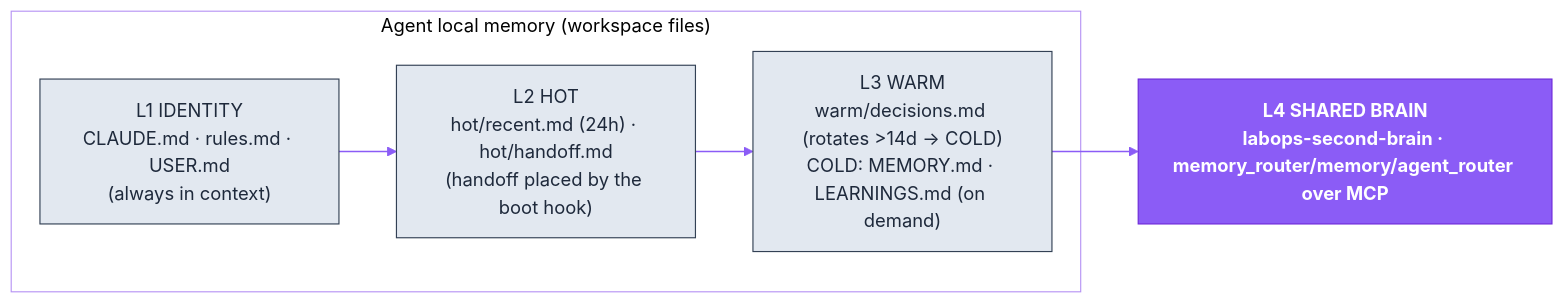
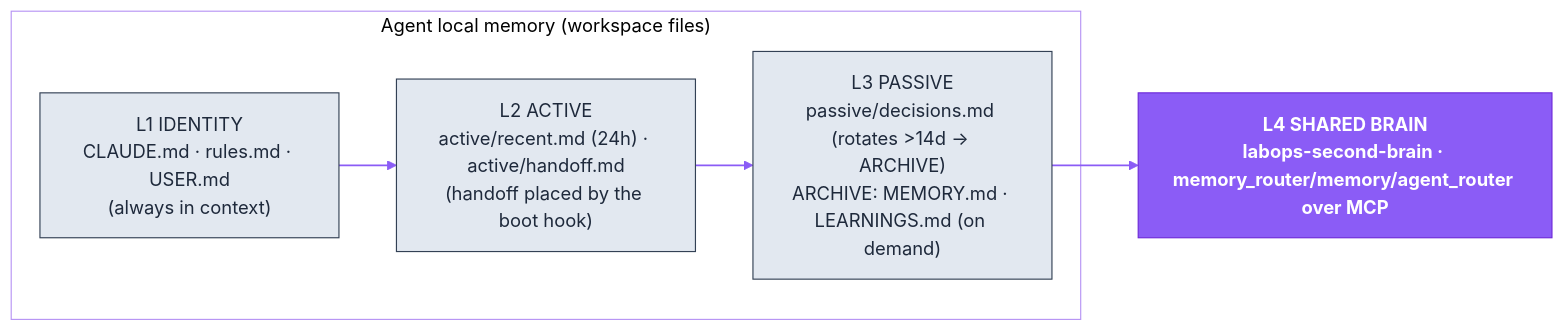
One commit to dediukhinpa/labops-ai-assistant changed the third of 4 diagrams in agent-architecture/README.md. Above: the diagram before and after it, drawn with Mermaid. The commit also changed other lines of this file and 89 other files, not shown here.

First line of the commit message:
Phase 1: rename memory tiers hot/warm/cold -> active/passive/archive

````diff
--- a/agent-architecture/README.md
+++ b/agent-architecture/README.md
@@ -213,18 +213,18 @@
 ```mermaid
 %%{init: {'theme':'base','themeVariables':{'primaryColor':'#EDE9FE','primaryTextColor':'#4C1D95','primaryBorderColor':'#8B5CF6','lineColor':'#8B5CF6','secondaryColor':'#F1F5F9','tertiaryColor':'#ffffff','clusterBkg':'transparent','clusterBorder':'#B794F4','fontFamily':'Helvetica,Arial,sans-serif'}}}%%
 flowchart LR
   subgraph local["Agent local memory (workspace files)"]
     L1["L1 IDENTITY<br/>CLAUDE.md · rules.md · USER.md<br/>(always in context)"]
-    L2["L2 HOT<br/>hot/recent.md (24h) · hot/handoff.md<br/>(handoff placed by the boot hook)"]
-    L3["L3 WARM<br/>warm/decisions.md (rotates >14d → COLD)<br/>COLD: MEMORY.md · LEARNINGS.md (on demand)"]
+    L2["L2 ACTIVE<br/>active/recent.md (24h) · active/handoff.md<br/>(handoff placed by the boot hook)"]
+    L3["L3 PASSIVE<br/>passive/decisions.md (rotates >14d → ARCHIVE)<br/>ARCHIVE: MEMORY.md · LEARNINGS.md (on demand)"]
   end
   L4["L4 SHARED BRAIN<br/>labops-second-brain · memory_router/memory/agent_router over MCP"]
   L1 --> L2 --> L3 --> L4
   classDef brand fill:#8B5CF6,stroke:#6D28D9,color:#ffffff,font-weight:bold
   classDef ext fill:#CCFBF1,stroke:#0D9488,color:#0F766E
   classDef store fill:#FEF3C7,stroke:#D97706,color:#92400E
   classDef sys fill:#E2E8F0,stroke:#334155,color:#1E293B
   linkStyle default stroke:#8B5CF6,stroke-width:1.5px
   class L4 brand
   class L1,L2,L3 sys
 ```
````
